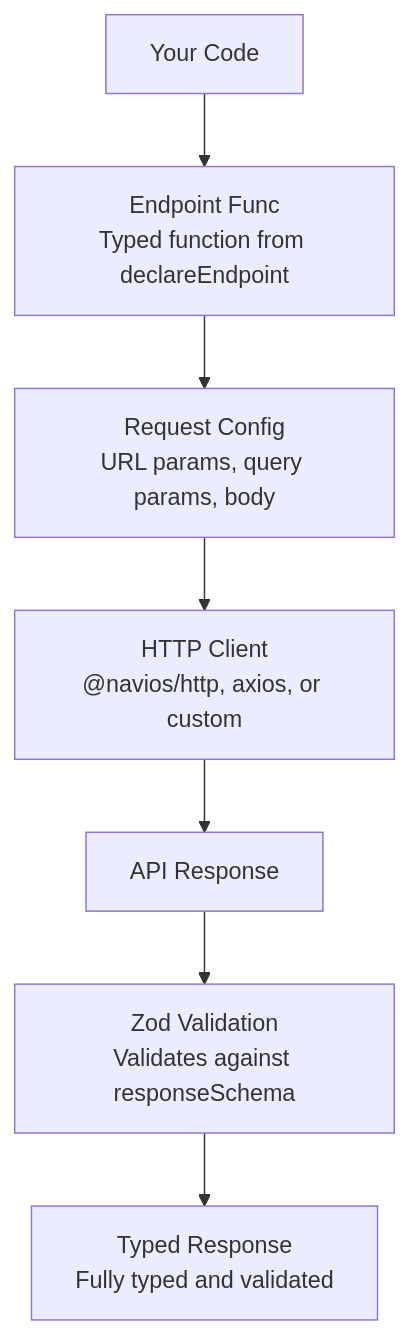
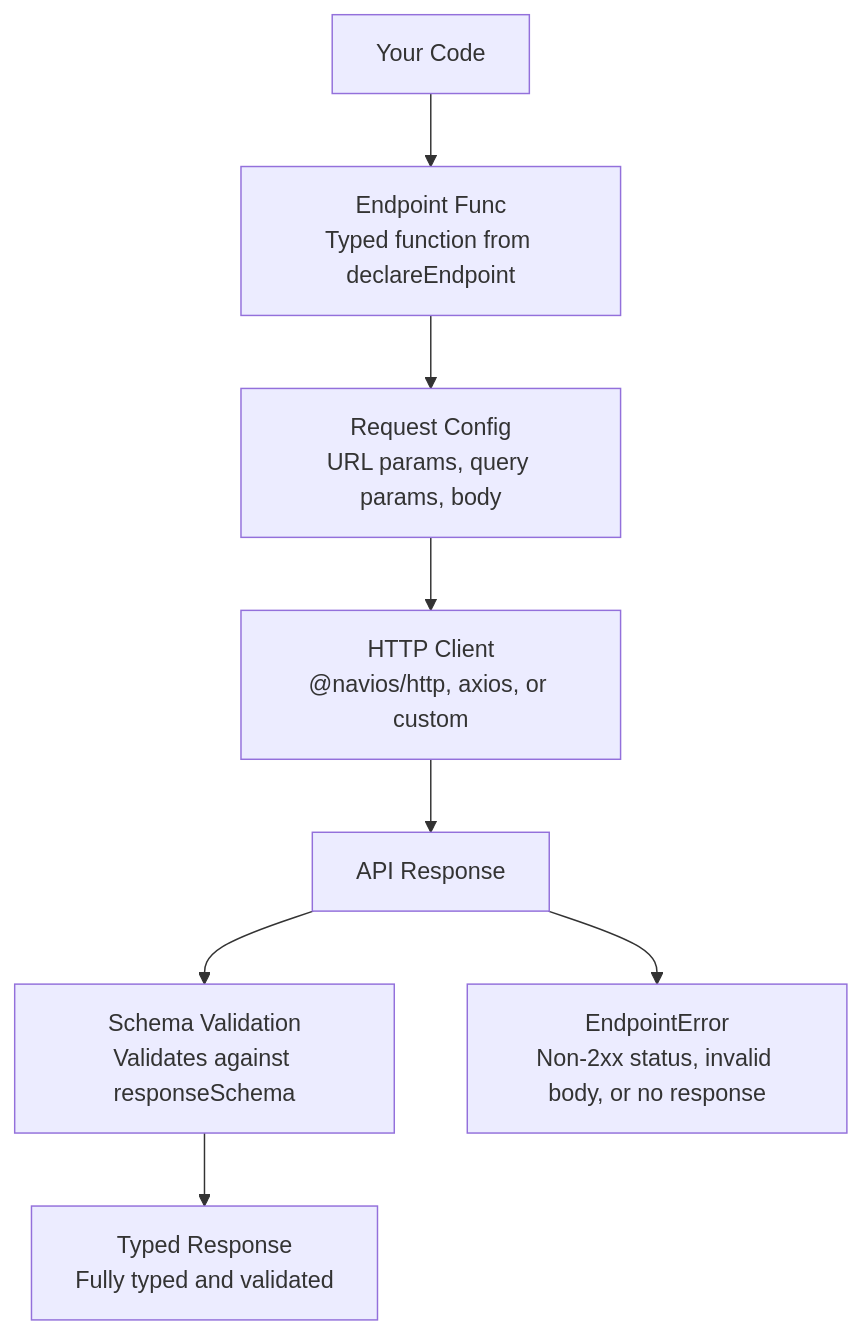
The diagram in apps/docs/docs/builder/builder/overview.md (navios-org/navios), drawn with Mermaid before and after one commit. The commit also changed other lines of this file and 47 other files, not shown here.

````diff
--- a/apps/docs/docs/builder/builder/overview.md
+++ b/apps/docs/docs/builder/builder/overview.md
@@ -91,9 +93,10 @@
 ```mermaid
 graph TD
     A[Your Code] --> B[Endpoint Func<br/>Typed function from declareEndpoint]
     B --> C[Request Config<br/>URL params, query params, body]
     C --> D[HTTP Client<br/>@navios/http, axios, or custom]
     D --> E[API Response]
-    E --> F[Zod Validation<br/>Validates against responseSchema]
+    E --> F[Schema Validation<br/>Validates against responseSchema]
     F --> G[Typed Response<br/>Fully typed and validated]
+    E --> H[EndpointError<br/>Non-2xx status, invalid body, or no response]
 ```
````
